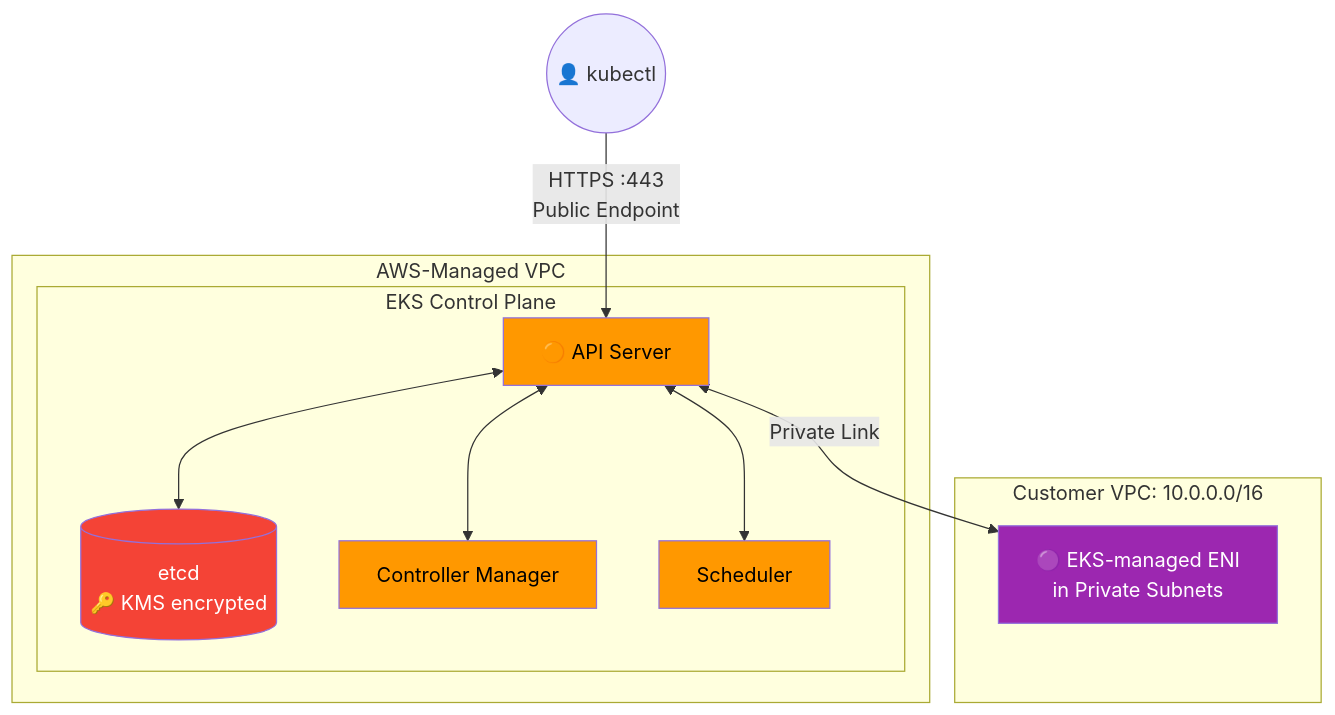
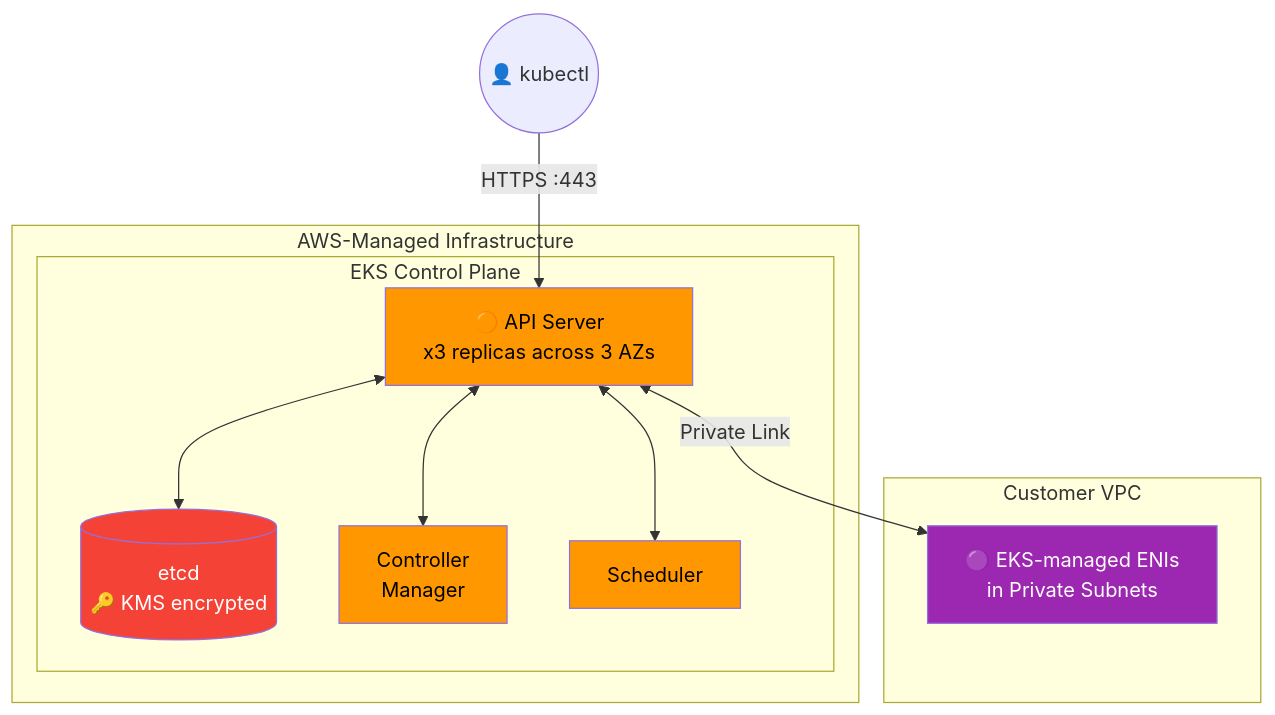
One commit to selvakumarperumal/EKS_k8s_custom_template_with_Terraform changed diagram 13 of 20 in docs/architecture-build-steps.md. Above: the diagram before and after it, drawn with Mermaid. The commit also changed other lines of this file, not shown here.

Commit message:
docs: rewrite build steps with 30 elaborated steps including HCL code and architecture diagrams

````diff
--- a/docs/architecture-build-steps.md
+++ b/docs/architecture-build-steps.md
@@ -241,30 +713,29 @@
 ```mermaid
 graph TB
     Admin(("👤 kubectl"))
 
-    subgraph AWS_VPC["AWS-Managed VPC"]
-        subgraph Control_Plane["EKS Control Plane"]
-            API["🟠 API Server"]
+    subgraph AWS_Managed["AWS-Managed Infrastructure"]
+        subgraph CP["EKS Control Plane"]
+            API["🟠 API Server\nx3 replicas across 3 AZs"]
             ETCD[("etcd\n🔑 KMS encrypted")]
-            CM["Controller Manager"]
+            CM["Controller\nManager"]
             SCHED["Scheduler"]
-
             API <--> ETCD
             API <--> CM
             API <--> SCHED
         end
     end
 
-    subgraph Customer_VPC["Customer VPC: 10.0.0.0/16"]
-        ENI["🟣 EKS-managed ENI\nin Private Subnets"]
+    subgraph Customer_VPC["Customer VPC"]
+        ENI["🟣 EKS-managed ENIs\nin Private Subnets"]
     end
 
-    Admin -->|"HTTPS :443\nPublic Endpoint"| API
+    Admin -->|"HTTPS :443"| API
     API <-->|"Private Link"| ENI
 
     style API fill:#FF9800,color:#000
     style ETCD fill:#F44336,color:#fff
     style CM fill:#FF9800,color:#000
     style SCHED fill:#FF9800,color:#000
     style ENI fill:#9C27B0,color:#fff
 ```
````
